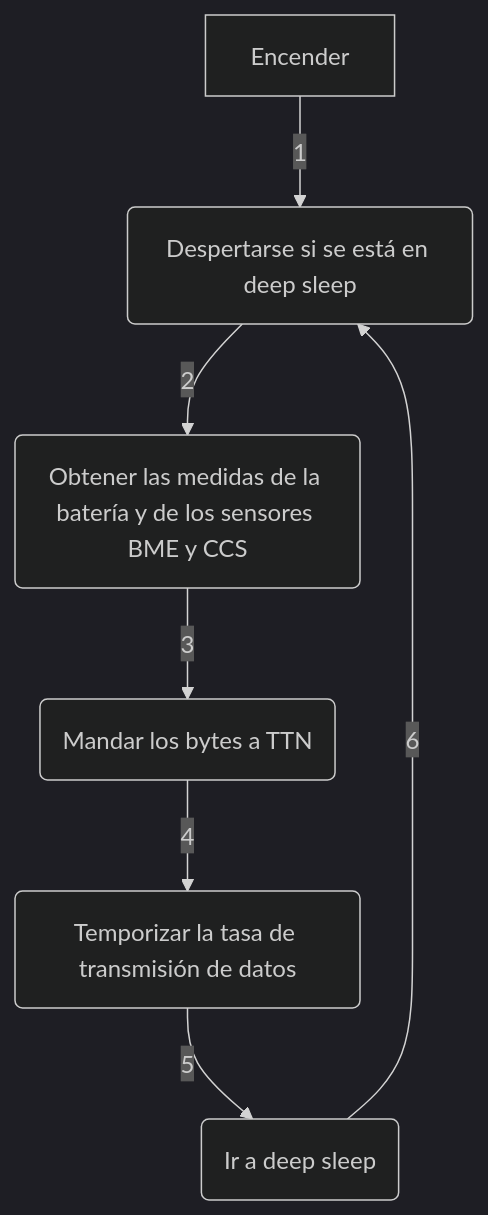
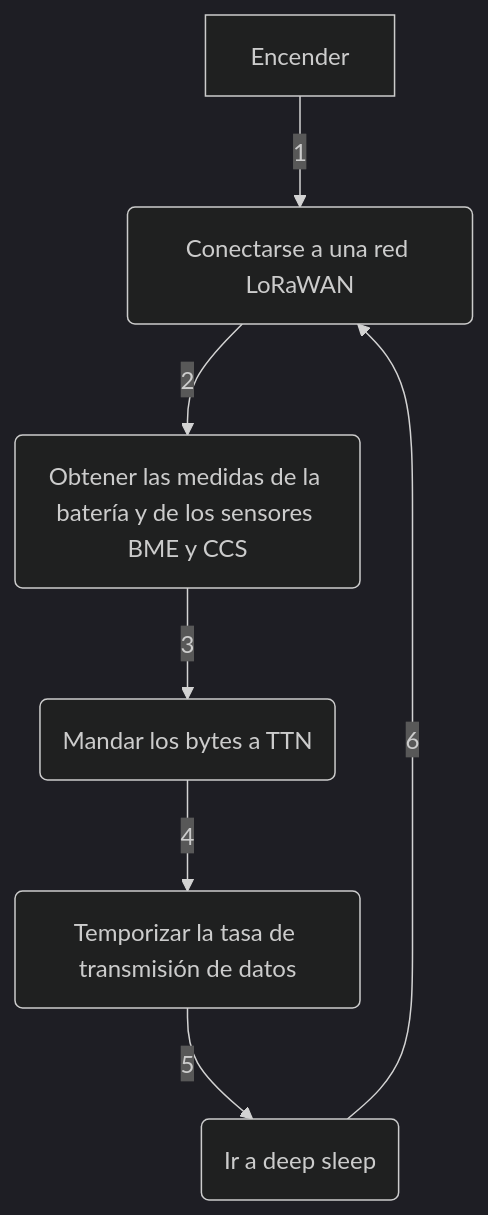
Before and after one commit to MediaLabUniovi/Lora-Mini-Air-Quality-Drone-Onboard-Station: the diagram in README.md, drawn with Mermaid (dark theme).

````diff
--- a/README.md
+++ b/README.md
@@ -133,9 +133,9 @@
 ```mermaid
 graph TD;
-  A[Encender] -->|1| B(Despertarse si se está en deep sleep)
+  A[Encender] -->|1| B(Conectarse a una red LoRaWAN)
   B -->|2| C(Obtener las medidas de la batería y de los sensores BME y CCS)
   C -->|3| D(Mandar los bytes a TTN)
   D -->|4| E(Temporizar la tasa de transmisión de datos)
   E -->|5| F(Ir a deep sleep)
   F -->|6| B
 ```
````
